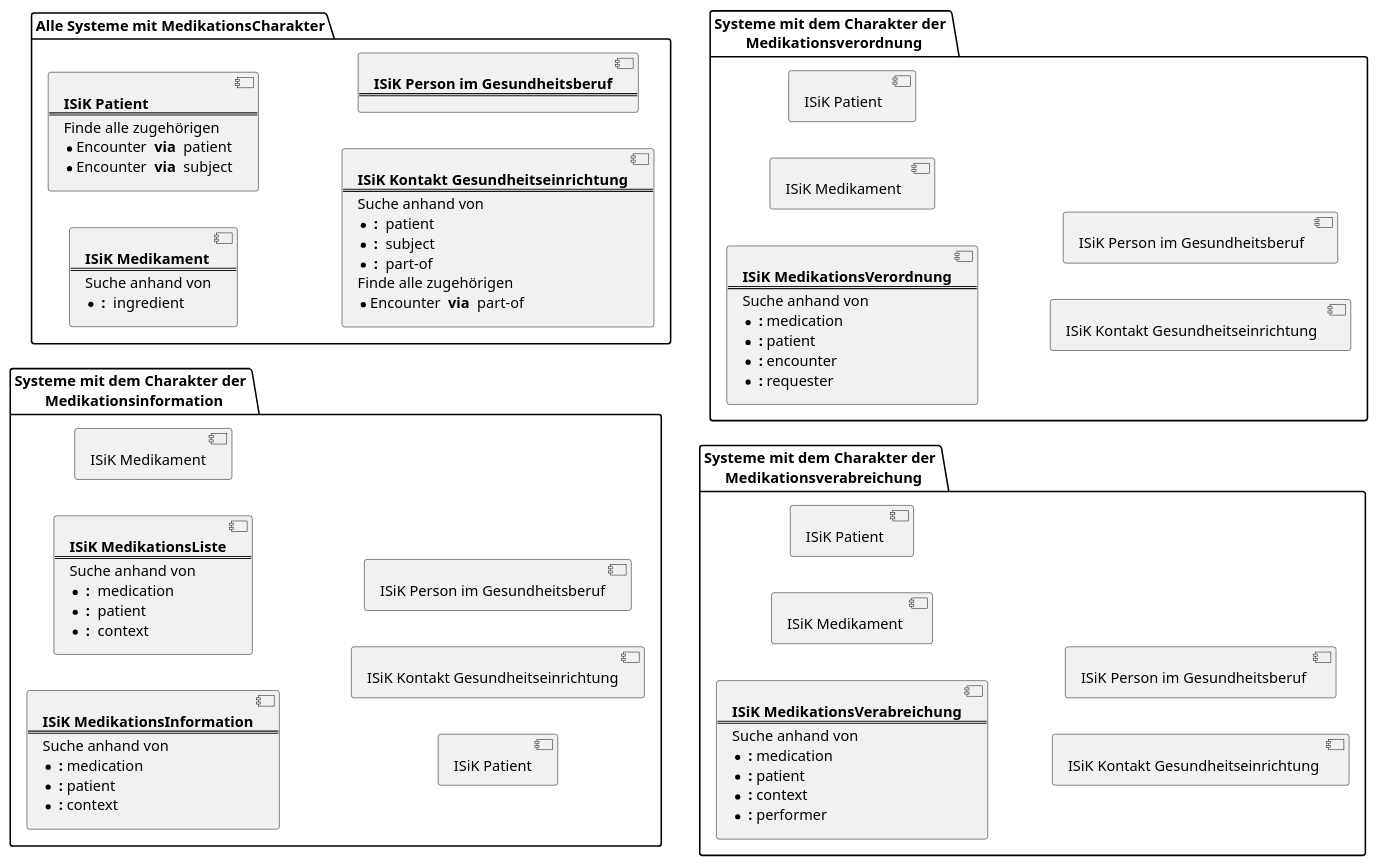
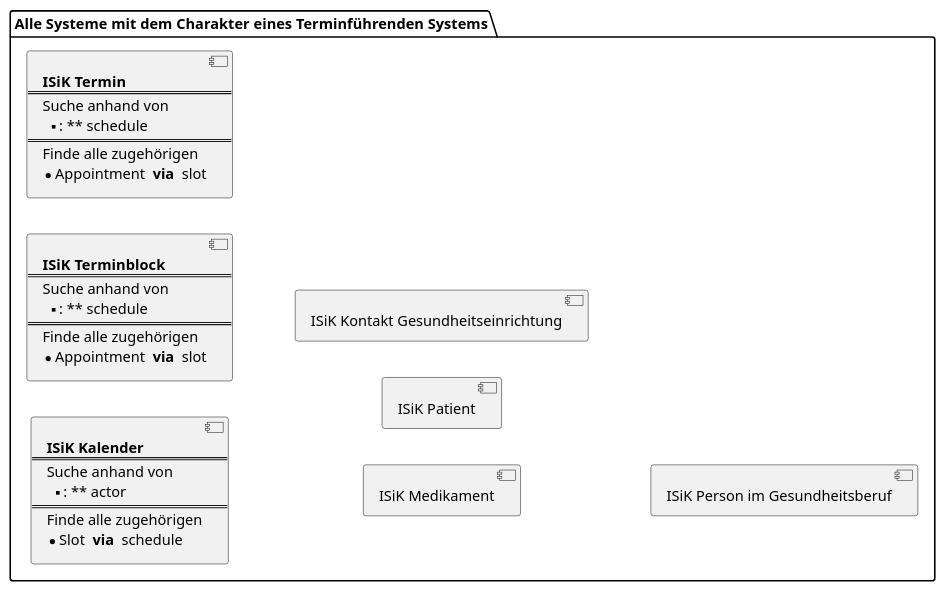
Before and after one commit to gematik/spec-ISiK-Terminplanung: the diagram in Material/images/src/plantuml/search_includes.puml, drawn with PlantUML. The commit also changed 1 other file, not shown here.

```diff
--- a/Material/images/src/plantuml/search_includes.puml
+++ b/Material/images/src/plantuml/search_includes.puml
@@ -2,95 +2,46 @@
 @startuml searchtypes_interaction
 left to right direction
 'skinparam packageStyle cloud
 skinparam linetype ortho
 
 
-folder CSt_MedInfo as "Systeme mit dem Charakter der \n Medikationsinformation" {
-    component _MedInfo [
-        **ISiK MedikationsInformation**
+folder CSt_AppointmentLead as "Alle Systeme mit dem Charakter eines Terminführenden Systems" {
+      component CStLead_Schedule [
+        **ISiK Kalender**
         ====
         Suche anhand von
-        * ** :** medication
-        * ** :** patient
-        * ** :** context
+        ** : ** actor 
+        ===
+        Finde alle zugehörigen
+        * Slot ** via ** schedule
     ]
     
-    component CStAll_MedikationsListe [
-        **ISiK MedikationsListe**
+    component CStLead_Slot [
+        **ISiK Terminblock**
         ====
         Suche anhand von
-        * ** : ** medication
-        * ** : ** patient
-        * ** : ** context
+        ** : ** schedule
+        ===
+        Finde alle zugehörigen
+        * Appointment ** via ** slot
     ]
+
+    component CStLead_Appointment [
+        **ISiK Termin**
+        ====
+        Suche anhand von
+        ** : ** schedule
+        ===
+        Finde alle zugehörigen
+        * Appointment ** via ** slot
+    ]
+
     'component "ISiK MedikationsListe"
     component "ISiK Medikament"
     component "ISiK Patient"
     component "ISiK Kontakt Gesundheitseinrichtung"
     component "ISiK Person im Gesundheitsberuf"
 
 }
 
-folder CSt_MedAll as "Alle Systeme mit MedikationsCharakter" {
-    component CStAll_Medikament [
-        **ISiK Medikament**
-        ====
-        Suche anhand von
-        * ** : ** ingredient
-    ]
-    component CStAll_Patient [
-        **ISiK Patient**
-        ====
-        Finde alle zugehörigen
-        * Encounter ** via ** patient
-        * Encounter ** via ** subject
-    ]
-    component CStAll_KontaktGesundheitseinrichtung [
-        **ISiK Kontakt Gesundheitseinrichtung**
-        ====
-        Suche anhand von
-        * ** : ** patient
-        * ** : ** subject
-        * ** : ** part-of
-        Finde alle zugehörigen
-        * Encounter ** via ** part-of
-    ]
-    component CStAll_PersonImGesundheitsberuf [
-        **ISiK Person im Gesundheitsberuf**
-        ====
-    ]
-}
-'CSt_MedInfo --> CStAll_MedikationsListe
-folder CSt_MedVerab as "Systeme mit dem Charakter der \n Medikationsverabreichung" {
-    component _MedVerab [
-    **ISiK MedikationsVerabreichung**
-    ====
-    Suche anhand von
-    * ** :** medication
-    * ** :** patient
-    * ** :** context
-    * ** :** performer
-    ]
-    component "ISiK Medikament "
-    component "ISiK Patient "
-    component "ISiK Kontakt Gesundheitseinrichtung "
-    component "ISiK Person im Gesundheitsberuf "
-}
-
-folder CSt_MedVerord as "Systeme mit dem Charakter der \n Medikationsverordnung" {
-    component _MedVerord [
-    **ISiK MedikationsVerordnung**
-    ====
-    Suche anhand von
-    * ** :** medication
-    * ** :** patient
-    * ** :** encounter
-    * ** :** requester
-    ]
-    component "ISiK Medikament  "
-    component "ISiK Patient  "
-    component "ISiK Kontakt Gesundheitseinrichtung  "
-    component "ISiK Person im Gesundheitsberuf  "
-}
-
 @enduml
```
